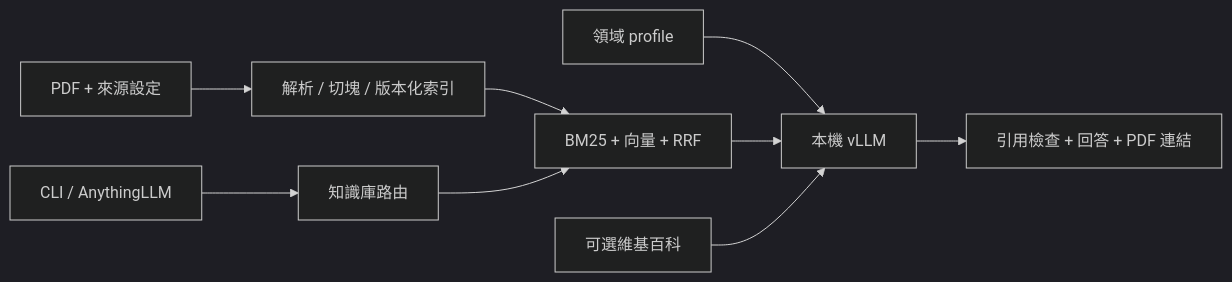
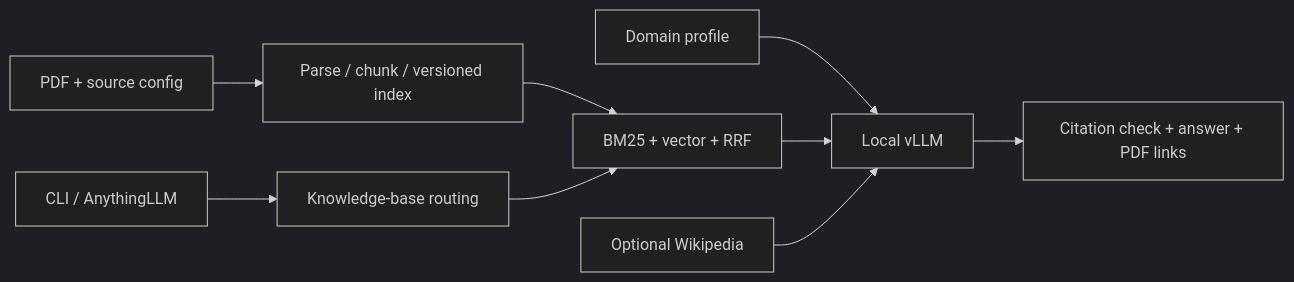
One commit to Cheryl33990/ipas-learning-hub changed the diagram in README.md. Above: the diagram before and after it, drawn with Mermaid (dark theme). The commit also changed other lines of this file and 5 other files, not shown here.

````diff
--- a/README.md
+++ b/README.md
@@ -71,11 +75,11 @@
 ```mermaid
 flowchart LR
-    PDF[PDF + 來源設定] --> Index[解析 / 切塊 / 版本化索引]
-    Index --> Search[BM25 + 向量 + RRF]
-    UI[CLI / AnythingLLM] --> Route[知識庫路由]
+    PDF[PDF + source config] --> Index[Parse / chunk / versioned index]
+    Index --> Search[BM25 + vector + RRF]
+    UI[CLI / AnythingLLM] --> Route[Knowledge-base routing]
     Route --> Search
-    Profile[領域 profile] --> LLM
-    Search --> LLM[本機 vLLM]
-    Web[可選維基百科] --> LLM
-    LLM --> Answer[引用檢查 + 回答 + PDF 連結]
+    Profile[Domain profile] --> LLM
+    Search --> LLM[Local vLLM]
+    Web[Optional Wikipedia] --> LLM
+    LLM --> Answer[Citation check + answer + PDF links]
 ```
````
